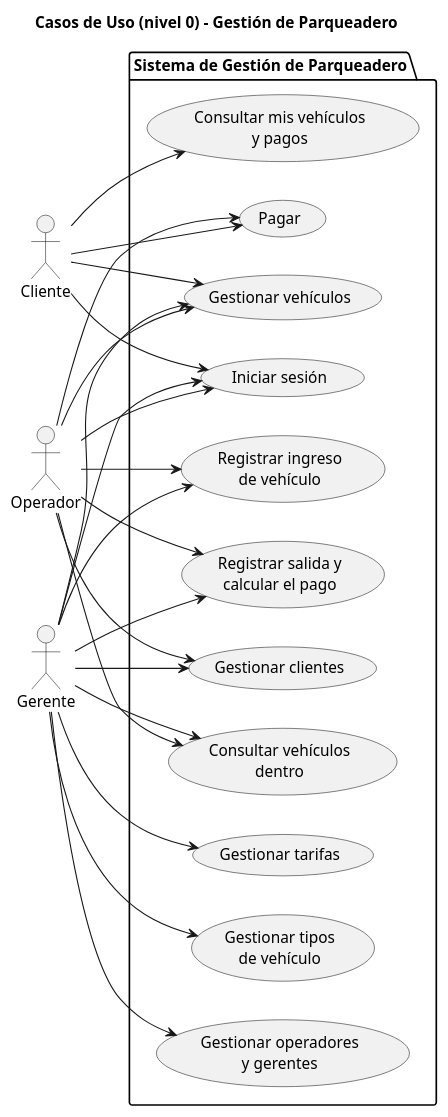
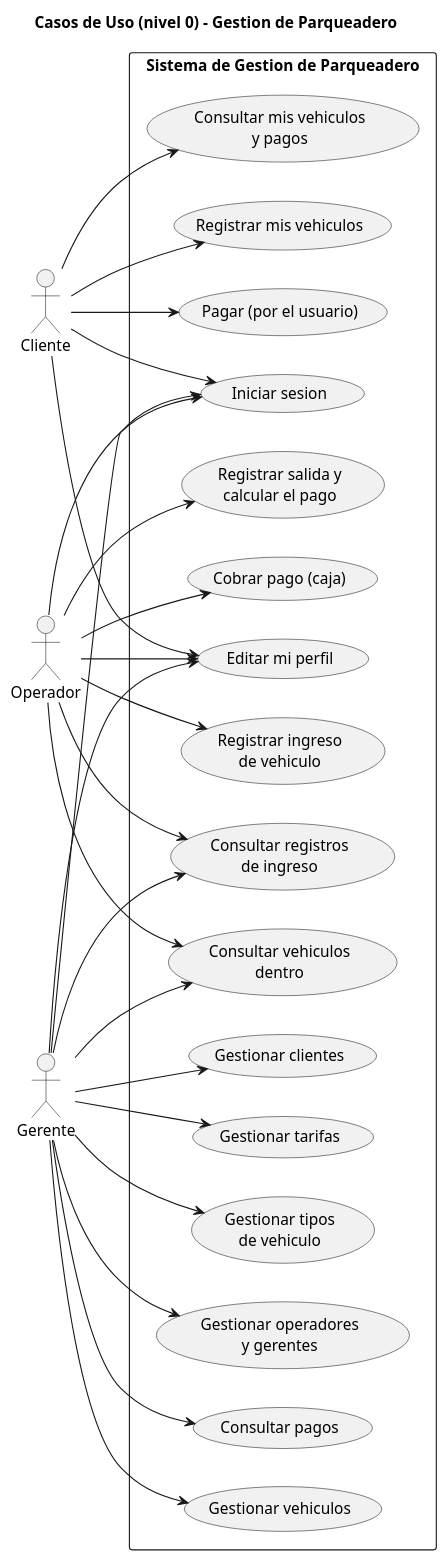
One commit to xdark-nessx20/demo_parq_temp changed the diagram in docs/domain/UC0-diagram.puml. Above: the diagram before and after it, drawn with PlantUML. The commit also changed 20 other files, not shown here.

First line of the commit message:
Docs: UML actualizados y concordes con el proyecto + capturas de pantalla

```diff
--- a/docs/domain/UC0-diagram.puml
+++ b/docs/domain/UC0-diagram.puml
@@ -1,48 +1,56 @@
 @startuml
-title Casos de Uso (nivel 0) - Gestión de Parqueadero
+title Casos de Uso (nivel 0) - Gestion de Parqueadero
 left to right direction
+skinparam packageStyle rectangle
 
 actor "Cliente" as c
 actor "Operador" as o
 actor "Gerente" as g
 
-package "Sistema de Gestión de Parqueadero" {
+package "Sistema de Gestion de Parqueadero" {
 
-  usecase "Iniciar sesión" as UC0
-  usecase "Registrar ingreso\nde vehículo" as UC1
+  usecase "Iniciar sesion" as UC0
+  usecase "Registrar ingreso\nde vehiculo" as UC1
   usecase "Registrar salida y\ncalcular el pago" as UC2
-  usecase "Pagar" as UC3
-  usecase "Consultar vehículos\ndentro" as UC4
-  usecase "Gestionar vehículos" as UC5
-  usecase "Gestionar clientes" as UC6
-  usecase "Gestionar tarifas" as UC7
-  usecase "Gestionar tipos\nde vehículo" as UC8
-  usecase "Gestionar operadores\ny gerentes" as UC9
-  usecase "Consultar mis vehículos\ny pagos" as UC10
+  usecase "Pagar (por el usuario)" as UC3
+  usecase "Cobrar pago (caja)" as UC4
+  usecase "Consultar vehiculos\ndentro" as UC5
+  usecase "Consultar registros\nde ingreso" as UC6
+  usecase "Gestionar vehiculos" as UC7
+  usecase "Gestionar clientes" as UC8
+  usecase "Gestionar tarifas" as UC9
+  usecase "Gestionar tipos\nde vehiculo" as UC10
+  usecase "Gestionar operadores\ny gerentes" as UC11
+  usecase "Consultar mis vehiculos\ny pagos" as UC12
+  usecase "Editar mi perfil" as UC13
+  usecase "Registrar mis vehiculos" as UC14
+  usecase "Consultar pagos" as UC15
 
 }
 
 c --> UC0
 c --> UC3
-c --> UC5
-c --> UC10
+c --> UC12
+c --> UC13
+c --> UC14
 
 o --> UC0
 o --> UC1
 o --> UC2
-o --> UC3
 o --> UC4
 o --> UC5
 o --> UC6
+o --> UC13
 
 g --> UC0
-g --> UC1
-g --> UC2
-g --> UC4
 g --> UC5
 g --> UC6
 g --> UC7
 g --> UC8
 g --> UC9
+g --> UC10
+g --> UC11
+g --> UC13
+g --> UC15
 
 @enduml
```
